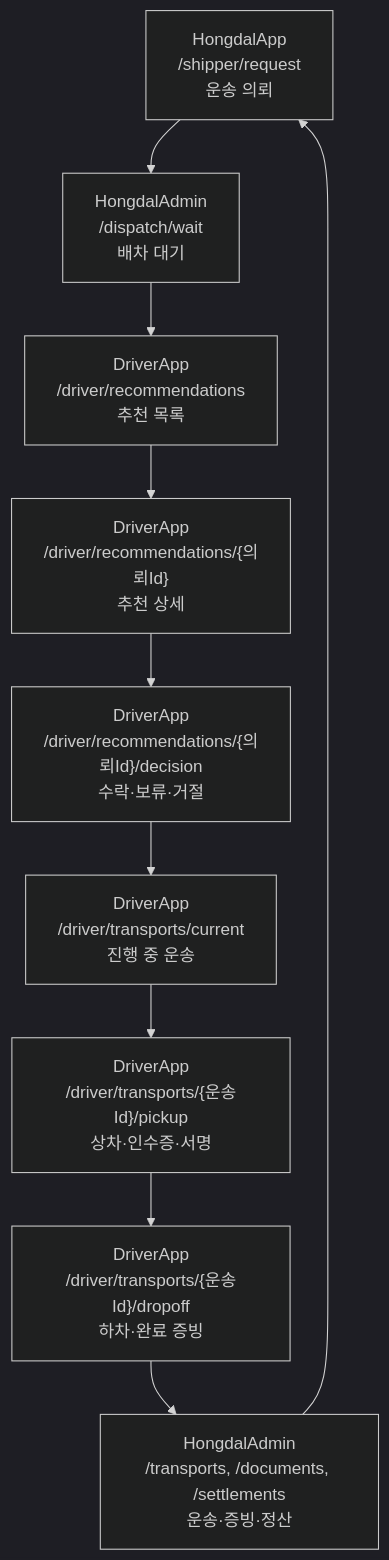
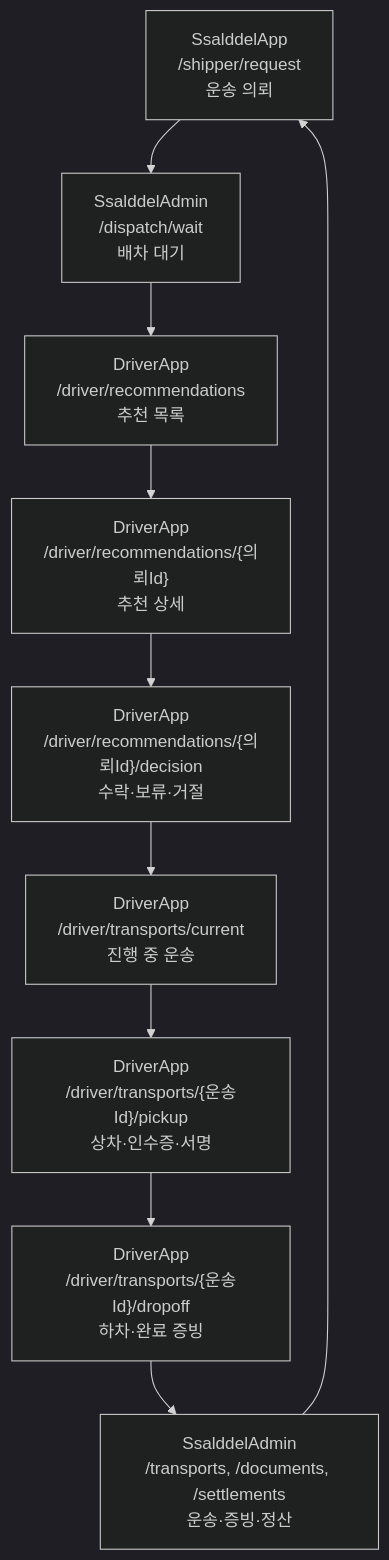
One commit to cheolwo/hongdal changed the first of 9 diagrams in docs/ProjectOverview/workflow-app-screen-map.md. Above: the diagram before and after it, drawn with Mermaid (dark theme). The commit also changed other lines of this file and 6611 other files, not shown here.

Commit message:
refactor: rename Hongdal to Ssalddel

````diff
--- a/docs/ProjectOverview/workflow-app-screen-map.md
+++ b/docs/ProjectOverview/workflow-app-screen-map.md
@@ -23,15 +23,15 @@
 ```mermaid
 flowchart TD
-    Request["HongdalApp<br/>/shipper/request<br/>운송 의뢰"]
-    Wait["HongdalAdmin<br/>/dispatch/wait<br/>배차 대기"]
+    Request["SsalddelApp<br/>/shipper/request<br/>운송 의뢰"]
+    Wait["SsalddelAdmin<br/>/dispatch/wait<br/>배차 대기"]
     Reco["DriverApp<br/>/driver/recommendations<br/>추천 목록"]
     Detail["DriverApp<br/>/driver/recommendations/{의뢰Id}<br/>추천 상세"]
     Decision["DriverApp<br/>/driver/recommendations/{의뢰Id}/decision<br/>수락·보류·거절"]
     Current["DriverApp<br/>/driver/transports/current<br/>진행 중 운송"]
     Pickup["DriverApp<br/>/driver/transports/{운송Id}/pickup<br/>상차·인수증·서명"]
     Dropoff["DriverApp<br/>/driver/transports/{운송Id}/dropoff<br/>하차·완료 증빙"]
-    Admin["HongdalAdmin<br/>/transports, /documents, /settlements<br/>운송·증빙·정산"]
+    Admin["SsalddelAdmin<br/>/transports, /documents, /settlements<br/>운송·증빙·정산"]
 
     Request --> Wait --> Reco --> Detail --> Decision --> Current --> Pickup --> Dropoff --> Admin
     Admin --> Request
 ```
````
